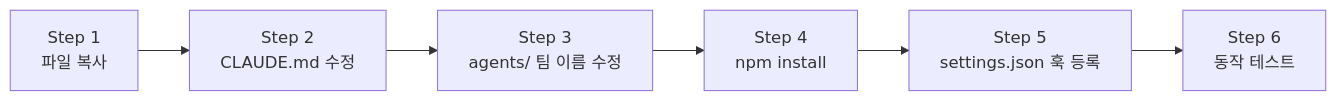
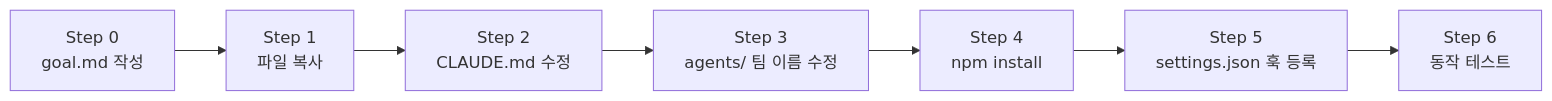
The second of 3 diagrams in docs/_study/ai-agent-workflow/08-scaffold.md (hobeen-kim/hobeen-kim.github.io), drawn with Mermaid before and after one commit. The commit also changed other lines of this file and 1 other file, not shown here.

````diff
--- a/docs/_study/ai-agent-workflow/08-scaffold.md
+++ b/docs/_study/ai-agent-workflow/08-scaffold.md
@@ -53,8 +64,8 @@
 ```mermaid
 flowchart LR
-    S1[Step 1<br>파일 복사] --> S2[Step 2<br>CLAUDE.md 수정]
+    S0[Step 0<br>goal.md 작성] --> S1[Step 1<br>파일 복사] --> S2[Step 2<br>CLAUDE.md 수정]
     S2 --> S3[Step 3<br>agents/ 팀 이름 수정]
     S3 --> S4[Step 4<br>npm install]
     S4 --> S5[Step 5<br>settings.json 훅 등록]
     S5 --> S6[Step 6<br>동작 테스트]
 ```
````
